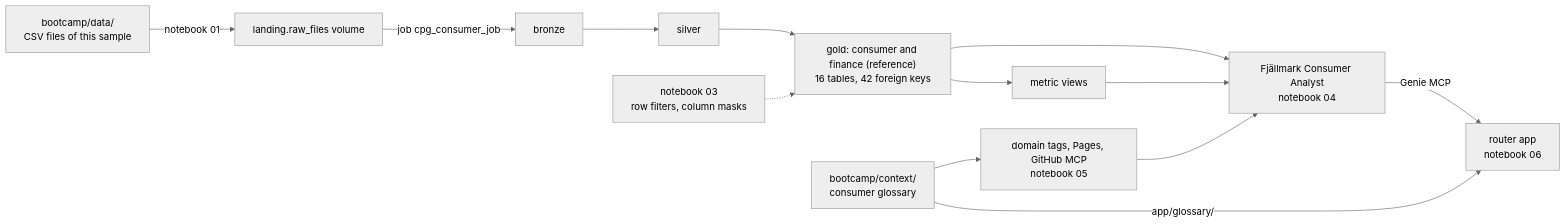
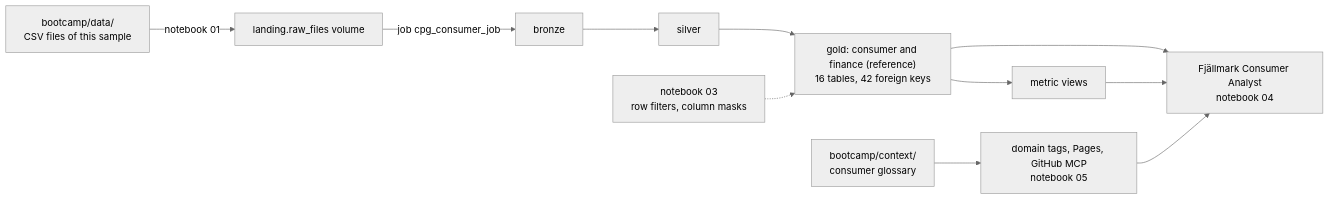
One commit to dediggibyte/genie_bootcamp changed the diagram in bootcamp_domain/consumer/README.md. Above: the diagram before and after it, drawn with Mermaid (neutral theme). The commit also changed other lines of this file and 187 other files, not shown here.

First line of the commit message:
Reorder the domain samples as a step-by-step guide and drop the router app

````diff
--- a/bootcamp_domain/consumer/README.md
+++ b/bootcamp_domain/consumer/README.md
@@ -56,13 +52,11 @@
 ```mermaid
 flowchart LR
     CSV["bootcamp/data/<br/>CSV files of this sample"] -->|"notebook 01"| VOL["landing.raw_files volume"]
     VOL -->|"job cpg_consumer_job"| BR["bronze"] --> SI["silver"] --> GO["gold: consumer and finance (reference)<br/>16 tables, 42 foreign keys"]
     GO --> MV["metric views"]
     GOV["notebook 03<br/>row filters, column masks"] -.-> GO
     GO --> AG["Fjällmark Consumer Analyst<br/>notebook 04"]
     MV --> AG
     CTX["bootcamp/context/<br/>consumer glossary"] --> PAG["domain tags, Pages, GitHub MCP<br/>notebook 05"]
     PAG --> AG
-    AG -->|"Genie MCP"| APP["router app<br/>notebook 06"]
-    CTX -->|"app/glossary/"| APP
 ```
````
